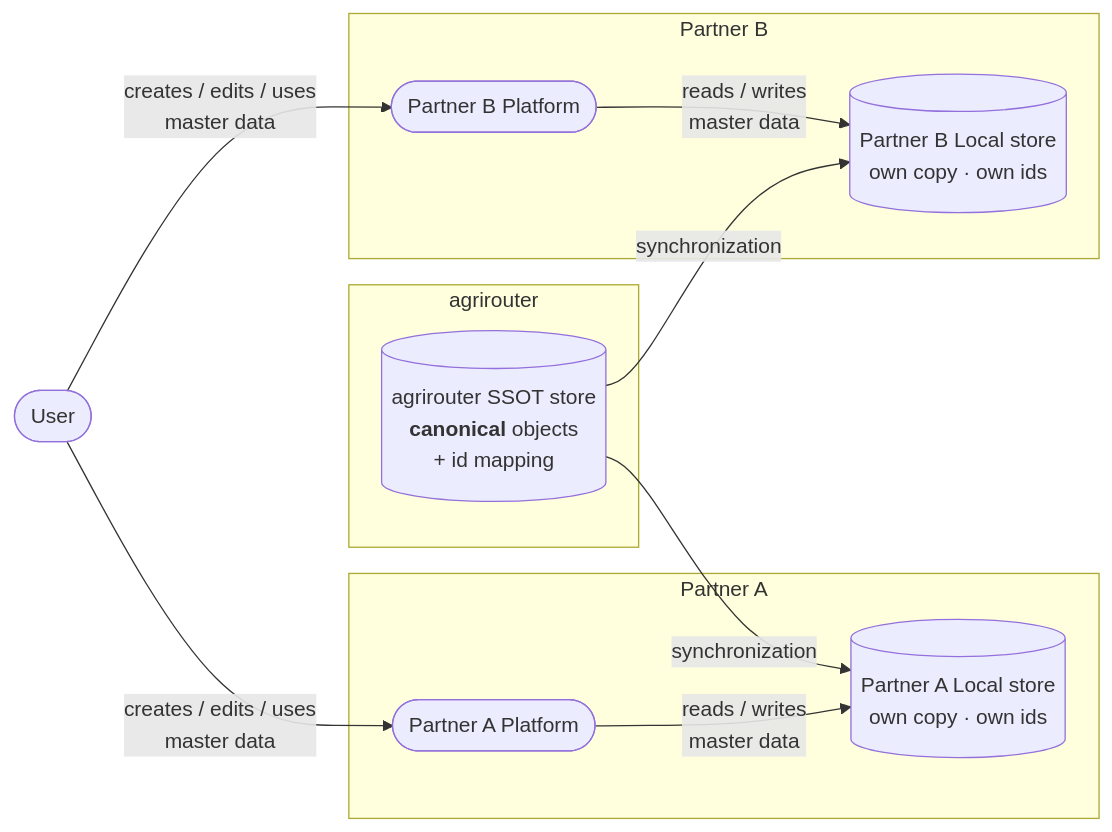
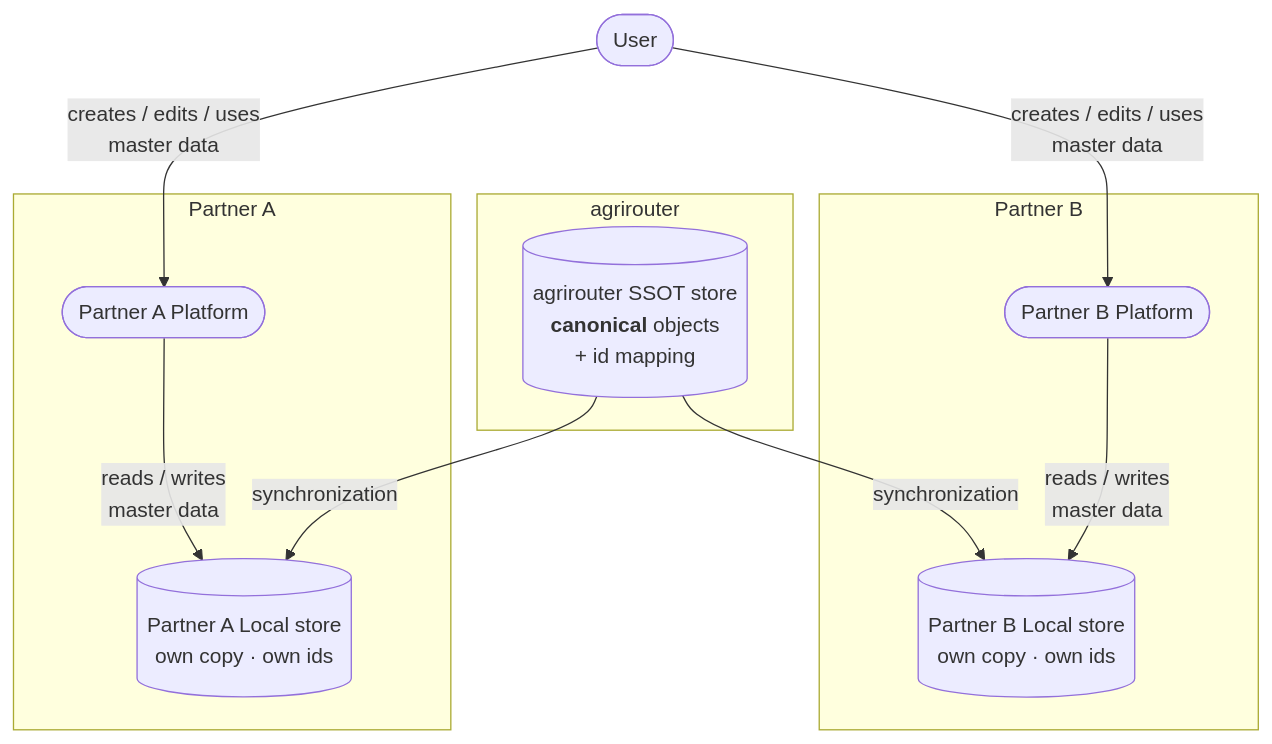
One commit to DKE-Data/masterdata-sync-working-group changed the first of 3 diagrams in architecture/01-reference-architecture.md. Above: the diagram before and after it, drawn with Mermaid. The commit also changed other lines of this file, not shown here.

````diff
--- a/architecture/01-reference-architecture.md
+++ b/architecture/01-reference-architecture.md
@@ -41,24 +41,24 @@
 ```mermaid
-flowchart LR
+flowchart TB
     user(["User"])
+    subgraph sub1 ["Partner A"]
+        Aplatform(["Partner A Platform"])
+        Astore[("Partner A Local store<br/>own copy · own ids")]
+    end
+    subgraph sub3 ["agrirouter"]
+        SSOT[("agrirouter SSOT store<br/><b>canonical</b> objects<br/>+ id mapping")]
+    end
     subgraph sub2 ["Partner B"]
         Bplatform(["Partner B Platform"])
         Bstore[("Partner B Local store<br/>own copy · own ids")]
     end
-    subgraph sub3 ["agrirouter"]
-        SSOT[("agrirouter SSOT store<br/><b>canonical</b> objects<br/>+ id mapping")]
-    end
-    subgraph sub1 ["Partner A"]
-        Aplatform(["Partner A Platform"])
-        Astore[("Partner A Local store<br/>own copy · own ids")]
-    end
+    user -->|"creates / edits / uses<br/>master data"| Aplatform
     user -->|"creates / edits / uses<br/>master data"| Bplatform
-    user -->|"creates / edits / uses<br/>master data"| Aplatform
+    Aplatform -->|"reads / writes<br/>master data"| Astore
     Bplatform -->|"reads / writes<br/>master data"| Bstore
-    Aplatform -->|"reads / writes<br/>master data"| Astore
+    SSOT -->|"synchronization"| Astore
     SSOT -->|"synchronization"| Bstore
-    SSOT -->|"synchronization"| Astore
     %% ceasg:{"id":"1d1ti28h"} %%
     %% mermaid-flow:pos Aplatform=84,131 Astore=84,297 Bstore=830,297 Bplatform=833,145 SSOT=436,297 user=447,45
     %% mermaid-flow:gpos sub1=-27,65,223,292 sub2=719,79,223,278 sub3=309,205,255,160
 ```
````
